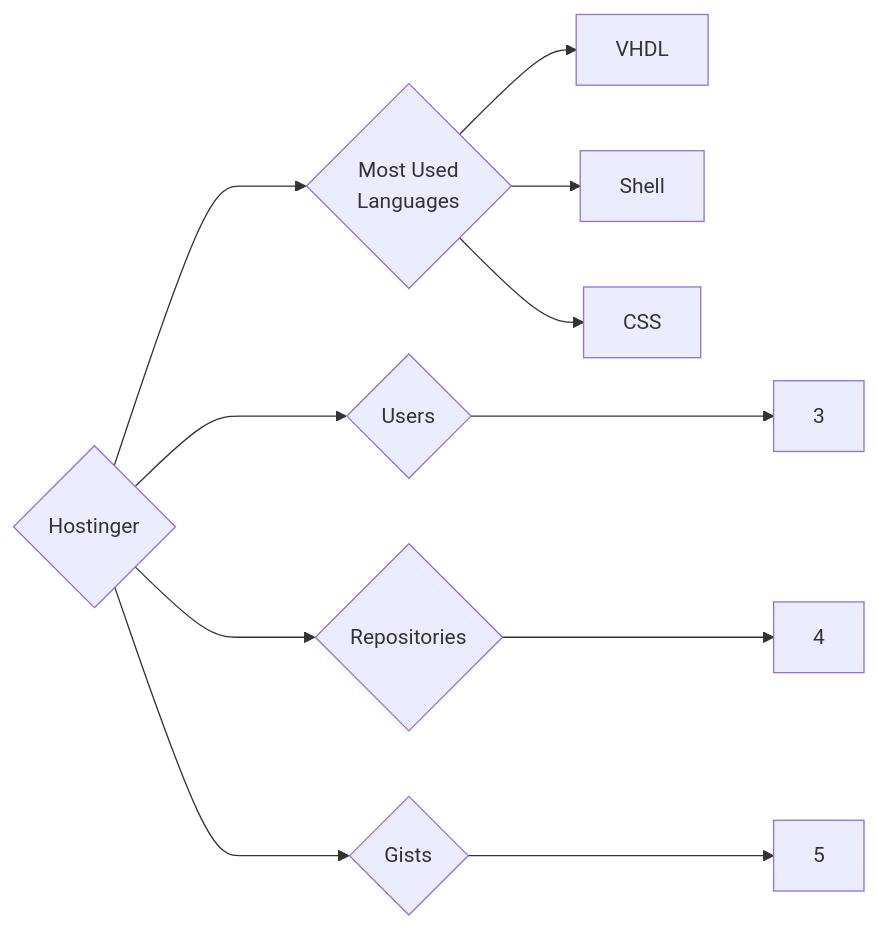
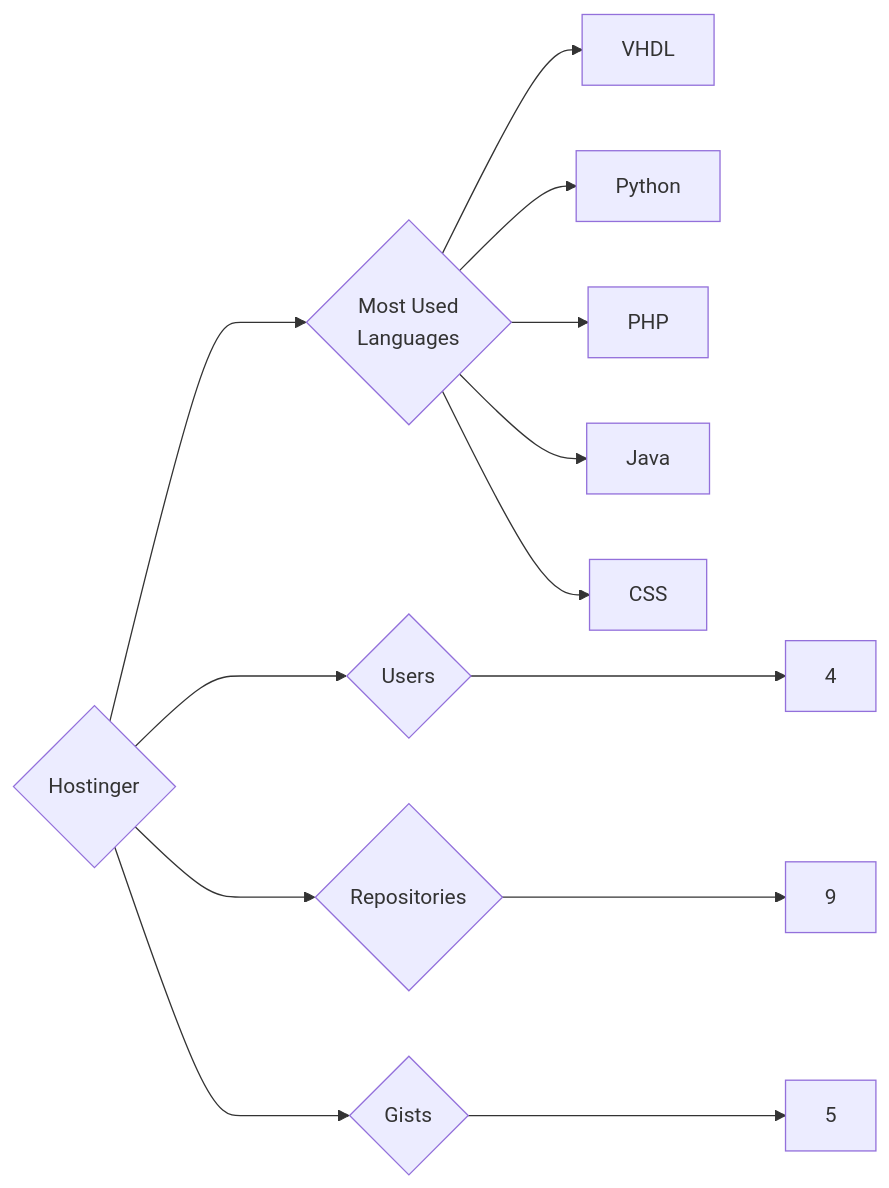
Before and after one commit to trickest/insiders: the diagram in targets/Hostinger/README.md, drawn with Mermaid. The commit also changed 857 other files, not shown here.

````diff
--- a/targets/Hostinger/README.md
+++ b/targets/Hostinger/README.md
@@ -3,11 +3,13 @@
 ```mermaid
 graph LR
 COMPANY_NAME{Hostinger}
-COMPANY_NAME ---> U{Users} ---> UN[3]
-COMPANY_NAME ---> R{Repositories} ---> RN[4]
+COMPANY_NAME ---> U{Users} ---> UN[4]
+COMPANY_NAME ---> R{Repositories} ---> RN[9]
 COMPANY_NAME ---> G{Gists} ---> GN[5]
 COMPANY_NAME ---> ML{Most Used<br>Languages}
 ML --> VHDL[VHDL]
-ML --> Shell[Shell]
+ML --> Python[Python]
+ML --> PHP[PHP]
+ML --> Java[Java]
 ML --> CSS[CSS]
 ```
````
